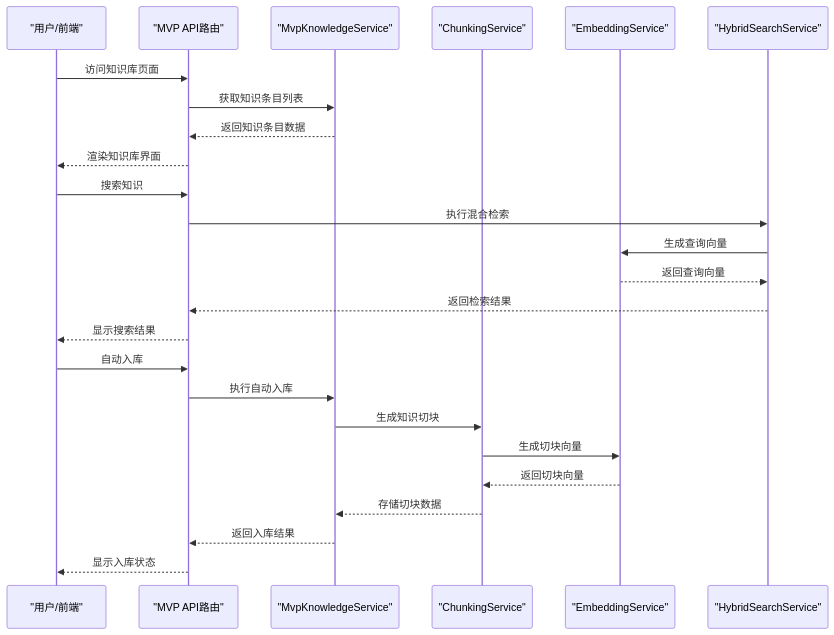
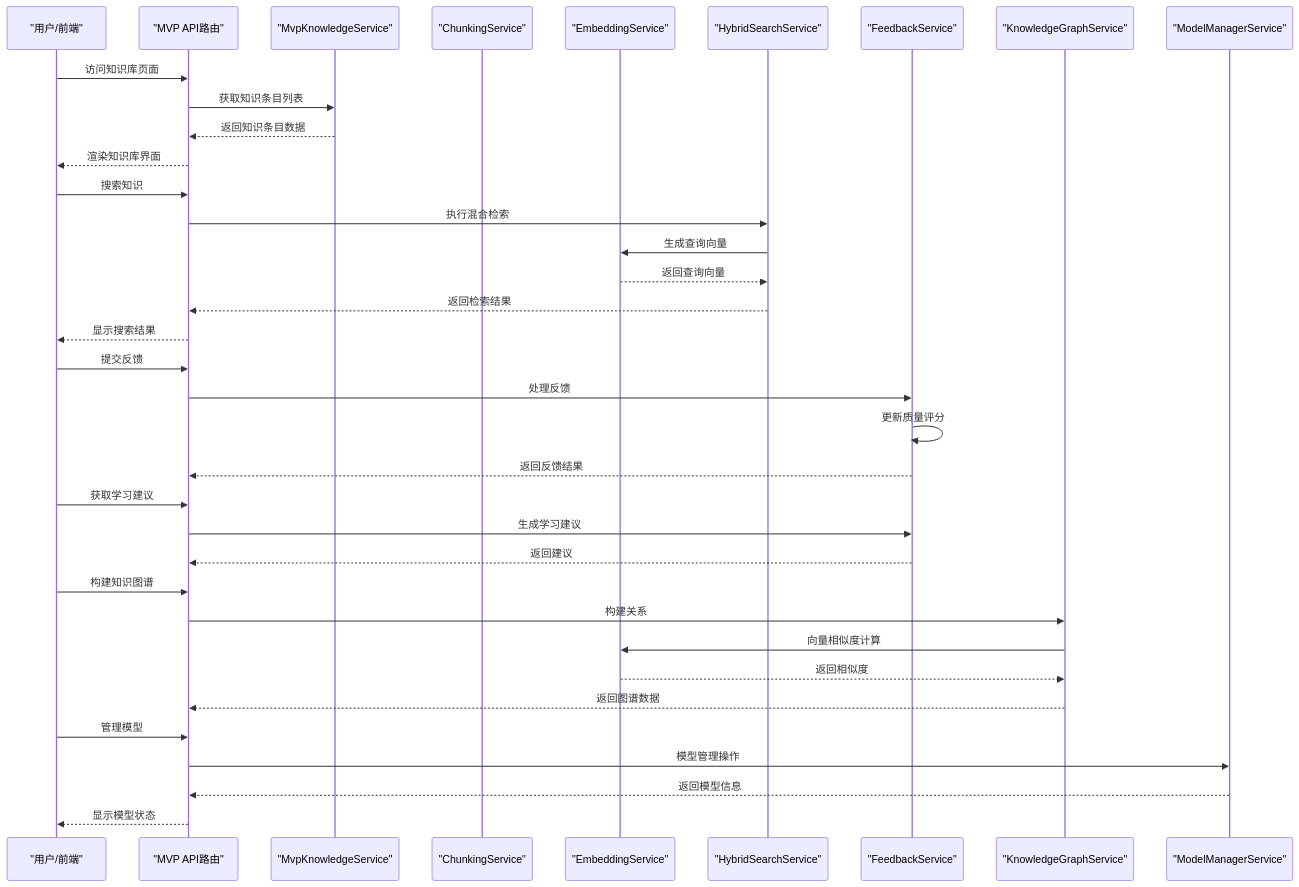
Before and after one commit to dream-ze/AI_huoke-: the second of 9 diagrams in .qoder/repowiki/zh/content/知识管理体系/知识管理体系.md, drawn with Mermaid. The commit also changed other lines of this file and 220 other files, not shown here.

````diff
--- a/.qoder/repowiki/zh/content/知识管理体系/知识管理体系.md
+++ b/.qoder/repowiki/zh/content/知识管理体系/知识管理体系.md
@@ -129,27 +162,38 @@
 ```mermaid
 sequenceDiagram
 participant U as "用户/前端"
 participant API as "MVP API路由"
 participant KS as "MvpKnowledgeService"
 participant CS as "ChunkingService"
 participant ES as "EmbeddingService"
 participant HS as "HybridSearchService"
+participant FS as "FeedbackService"
+participant GS as "KnowledgeGraphService"
+participant MS as "ModelManagerService"
 U->>API : 访问知识库页面
 API->>KS : 获取知识条目列表
 KS-->>API : 返回知识条目数据
 API-->>U : 渲染知识库界面
 U->>API : 搜索知识
 API->>HS : 执行混合检索
 HS->>ES : 生成查询向量
 ES-->>HS : 返回查询向量
 HS-->>API : 返回检索结果
 API-->>U : 显示搜索结果
-U->>API : 自动入库
-API->>KS : 执行自动入库
-KS->>CS : 生成知识切块
-CS->>ES : 生成切块向量
-ES-->>CS : 返回切块向量
-CS-->>KS : 存储切块数据
-KS-->>API : 返回入库结果
-API-->>U : 显示入库状态
+U->>API : 提交反馈
+API->>FS : 处理反馈
+FS->>FS : 更新质量评分
+FS-->>API : 返回反馈结果
+U->>API : 获取学习建议
+API->>FS : 生成学习建议
+FS-->>API : 返回建议
+U->>API : 构建知识图谱
+API->>GS : 构建关系
+GS->>ES : 向量相似度计算
+ES-->>GS : 返回相似度
+GS-->>API : 返回图谱数据
+U->>API : 管理模型
+API->>MS : 模型管理操作
+MS-->>API : 返回模型信息
+API-->>U : 显示模型状态
 ```
````
